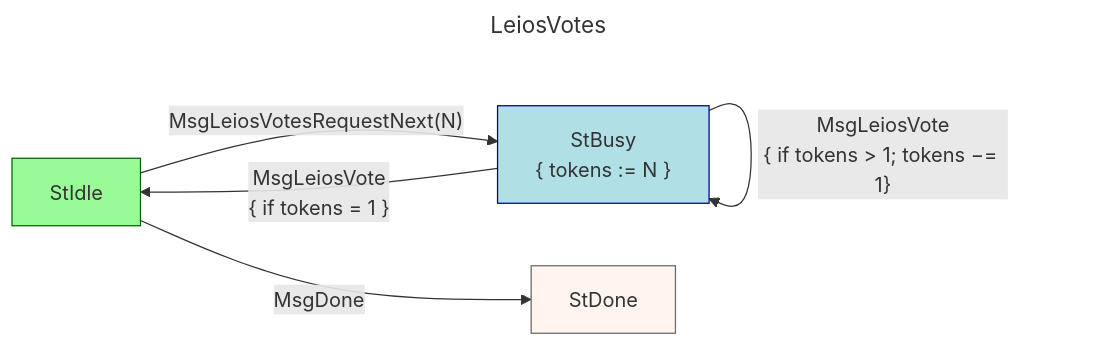
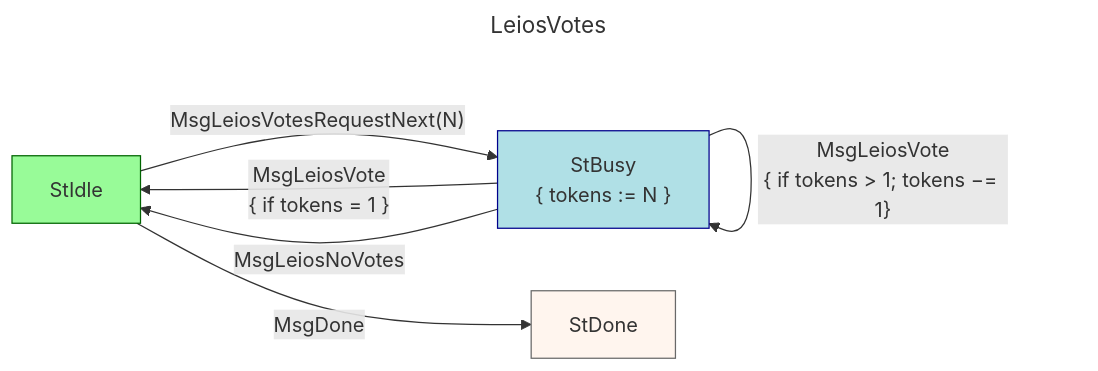
The second of 4 diagrams in CIP-0164/README.md (cardano-foundation/CIPs), drawn with Mermaid before and after one commit. The commit also changed other lines of this file, not shown here.

Commit message:
leios mini-protocols: clean exit

````diff
--- a/CIP-0164/README.md
+++ b/CIP-0164/README.md
@@ -1290,17 +1325,18 @@
 ```mermaid
 ---
 title: LeiosVotes
 ---
 graph LR
    style StIdle fill:PaleGreen,stroke:DarkGreen;
    style StBusy fill:PowderBlue,stroke:DarkBlue;
    style StDone fill:SeaShell,stroke:DimGray;
 
    StBusy["StBusy<br>{ tokens := N }"]
 
    StIdle -->|"MsgLeiosVotesRequestNext(N)"| StBusy
    StBusy -->|"MsgLeiosVote<br>{ if tokens > 1; tokens −= 1}"| StBusy
    StBusy -->|"MsgLeiosVote<br>{ if tokens = 1 }"| StIdle
+   StBusy -->|"MsgLeiosNoVotes"| StIdle
 
    StIdle -->|MsgDone| StDone
 ```
````
